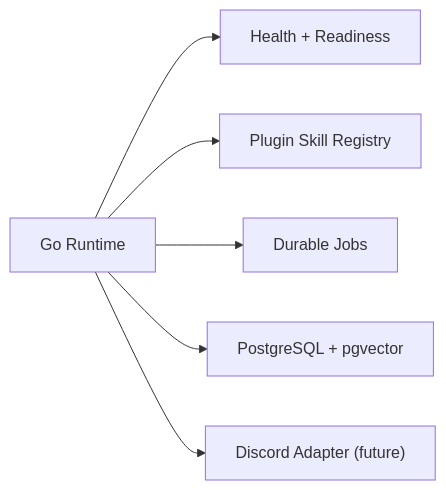
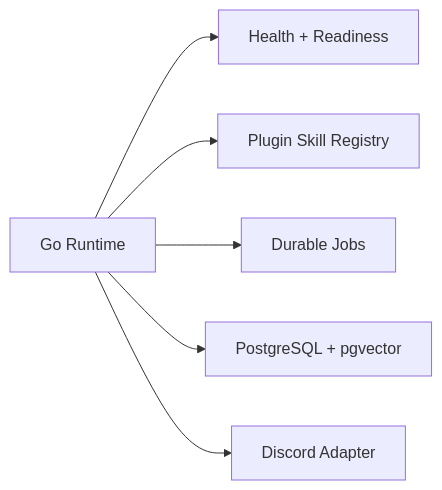
Before and after one commit to gOps132/GigiDC: the diagram in docs/index.mdx, drawn with Mermaid. The commit also changed other lines of this file and 36 other files, not shown here.

````diff
--- a/docs/index.mdx
+++ b/docs/index.mdx
@@ -16,8 +16,8 @@
 ```mermaid
 flowchart LR
   Runtime["Go Runtime"] --> Health["Health + Readiness"]
   Runtime --> Plugins["Plugin Skill Registry"]
   Runtime --> Jobs["Durable Jobs"]
   Runtime --> Storage["PostgreSQL + pgvector"]
-  Runtime --> Discord["Discord Adapter (future)"]
+  Runtime --> Discord["Discord Adapter"]
 ```
````
